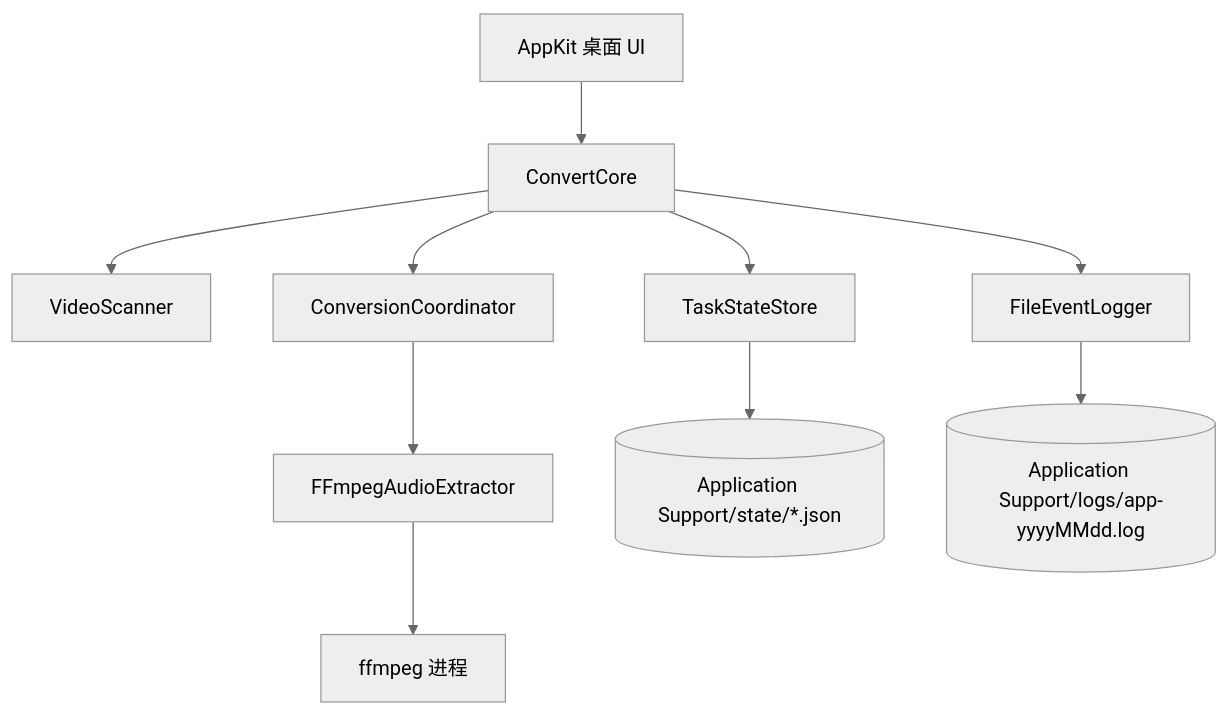
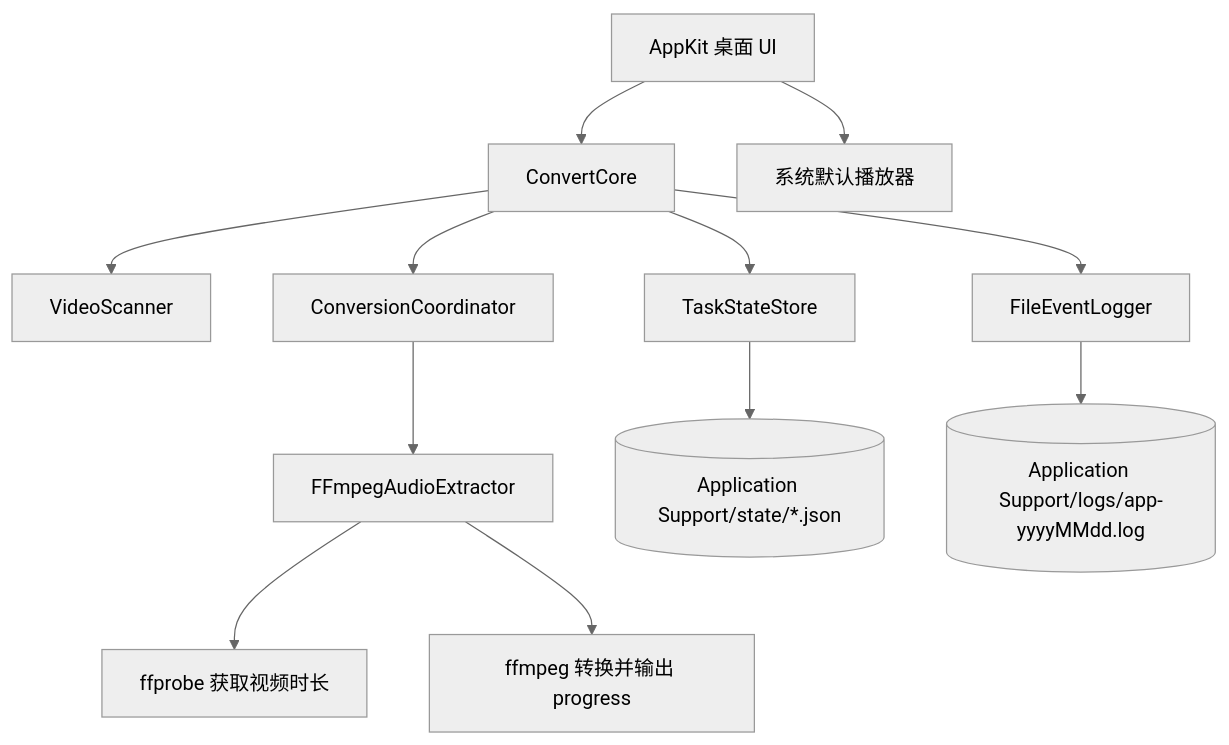
Before and after one commit to olojiang/convert_video_2_mp3: the first of 4 diagrams in local_docs/设计与实现说明.md, drawn with Mermaid (neutral theme). The commit also changed other lines of this file and 11 other files, not shown here.

````diff
--- a/local_docs/设计与实现说明.md
+++ b/local_docs/设计与实现说明.md
@@ -9,12 +9,14 @@
 ```mermaid
 flowchart TB
     UI[AppKit 桌面 UI] --> Core[ConvertCore]
+    UI --> Playback[系统默认播放器]
     Core --> Scanner[VideoScanner]
     Core --> Store[TaskStateStore]
     Core --> Coordinator[ConversionCoordinator]
     Core --> Logger[FileEventLogger]
     Coordinator --> Extractor[FFmpegAudioExtractor]
-    Extractor --> FFmpeg[ffmpeg 进程]
+    Extractor --> FFprobe[ffprobe 获取视频时长]
+    Extractor --> FFmpeg[ffmpeg 转换并输出 progress]
     Store --> State[(Application Support/state/*.json)]
     Logger --> Logs[(Application Support/logs/app-yyyyMMdd.log)]
 ```
````
